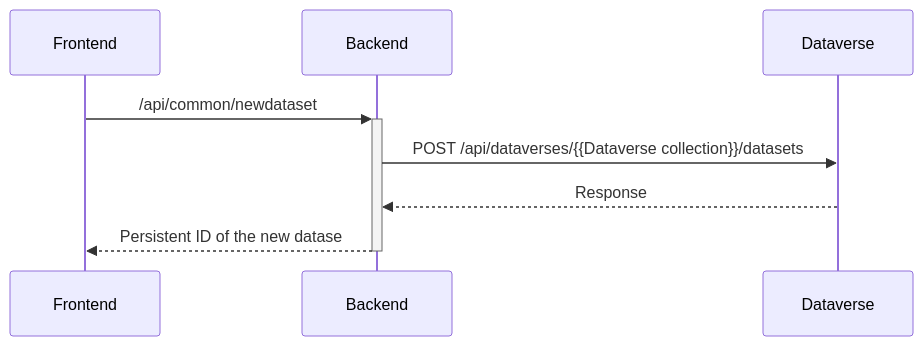
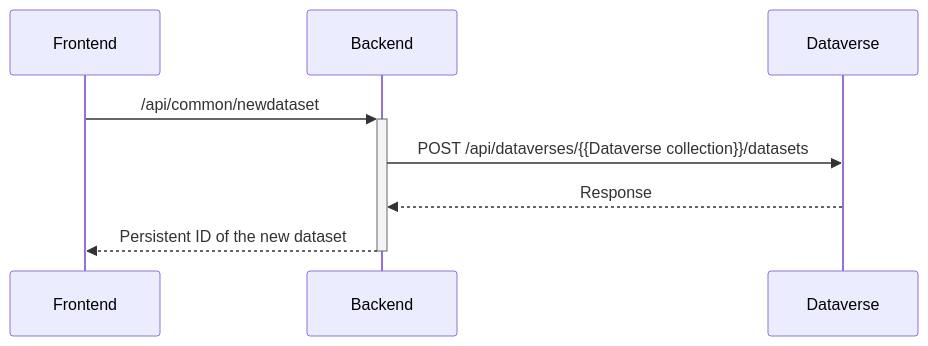
One commit to libis/rdm-integration changed the third of 5 diagrams in README.md. Above: the diagram before and after it, drawn with Mermaid. The commit also changed 40 other files, not shown here.

````diff
--- a/README.md
+++ b/README.md
@@ -245,7 +245,7 @@
 ```mermaid
 sequenceDiagram
     Frontend->>+Backend: /api/common/newdataset
     Backend->>Dataverse: POST /api/dataverses/{{Dataverse collection}}/datasets
     Dataverse-->>Backend: Response
-    Backend-->>-Frontend: Persistent ID of the new datase
+    Backend-->>-Frontend: Persistent ID of the new dataset
 ```
````
